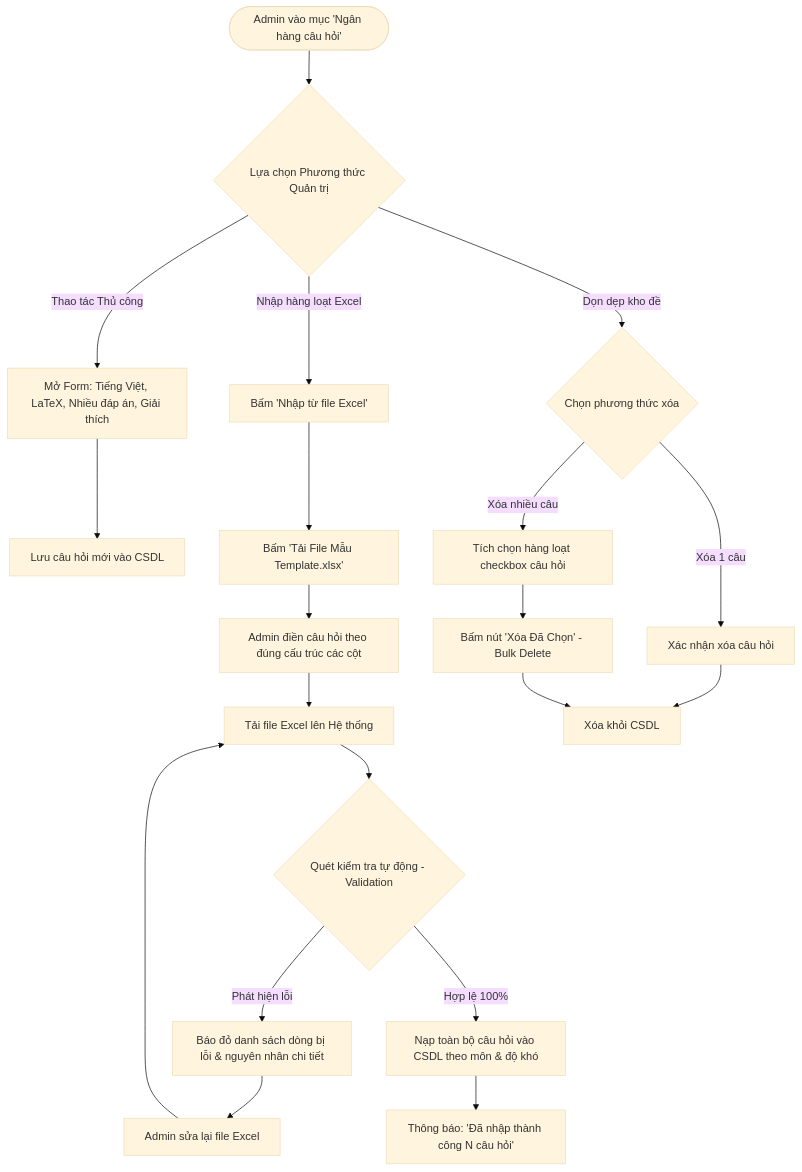
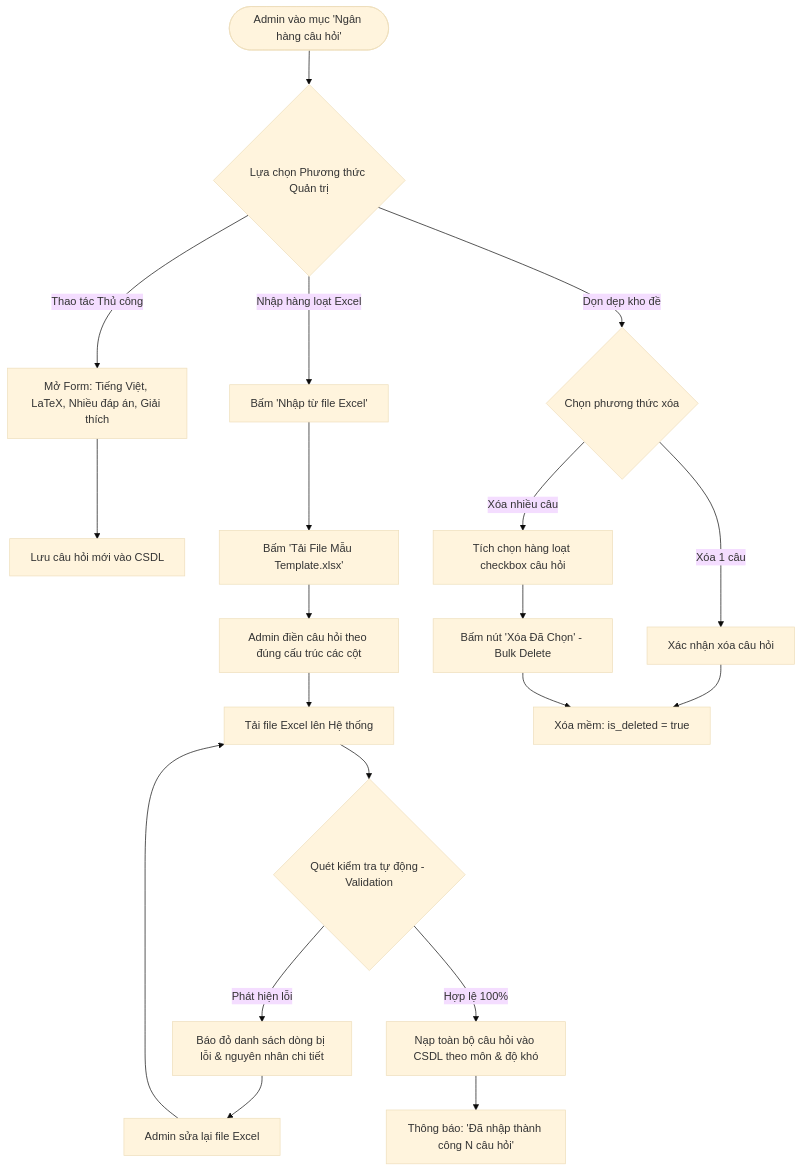
The diagram in vibercodeDate21-09-2026/exam-app/flows/09-quan-tri-cau-hoi-import-excel.md (sunlight3d/VietIS), drawn with Mermaid (base theme) before and after one commit. The commit also changed other lines of this file and 9 other files, not shown here.

Commit message:
fix(schema & flows): resolve warnings 4-8 (fn_submit_exam_attempt params, class hopping RLS, teacher soft-delete filter, flow terminology sync, and duplicate seed cleanup)

````diff
--- a/vibercodeDate21-09-2026/exam-app/flows/09-quan-tri-cau-hoi-import-excel.md
+++ b/vibercodeDate21-09-2026/exam-app/flows/09-quan-tri-cau-hoi-import-excel.md
@@ -11,27 +11,27 @@
 ```mermaid
 flowchart TD
     Start([Admin vào mục 'Ngân hàng câu hỏi']) --> QuestionHub{Lựa chọn Phương thức Quản trị}
     
     QuestionHub -->|Thao tác Thủ công| ManualForm[Mở Form: Tiếng Việt, LaTeX, Nhiều đáp án, Giải thích]
     ManualForm --> SaveSingle[Lưu câu hỏi mới vào CSDL]
     
     QuestionHub -->|Nhập hàng loạt Excel| ImportExcelFlow[Bấm 'Nhập từ file Excel']
     ImportExcelFlow --> DownloadTemplate[Bấm 'Tải File Mẫu Template.xlsx']
     DownloadTemplate --> FillExcel[Admin điền câu hỏi theo đúng cấu trúc các cột]
     FillExcel --> UploadExcel[Tải file Excel lên Hệ thống]
     
     UploadExcel --> ValidateFile{Quét kiểm tra tự động - Validation}
     ValidateFile -->|Phát hiện lỗi| ShowErrors[Báo đỏ danh sách dòng bị lỗi & nguyên nhân chi tiết]
     ShowErrors --> FixExcel[Admin sửa lại file Excel]
     FixExcel --> UploadExcel
     
     ValidateFile -->|Hợp lệ 100%| CommitDB[Nạp toàn bộ câu hỏi vào CSDL theo môn & độ khó]
     CommitDB --> SuccessToast[Thông báo: 'Đã nhập thành công N câu hỏi']
     
     QuestionHub -->|Dọn dẹp kho đề| DeleteAction{Chọn phương thức xóa}
     DeleteAction -->|Xóa 1 câu| ConfirmSingle[Xác nhận xóa câu hỏi]
     DeleteAction -->|Xóa nhiều câu| BulkSelect[Tích chọn hàng loạt checkbox câu hỏi]
     BulkSelect --> ConfirmBulk[Bấm nút 'Xóa Đã Chọn' - Bulk Delete]
-    ConfirmSingle --> DeleteDB[Xóa khỏi CSDL]
+    ConfirmSingle --> DeleteDB[Xóa mềm: is_deleted = true]
     ConfirmBulk --> DeleteDB
 ```
````
